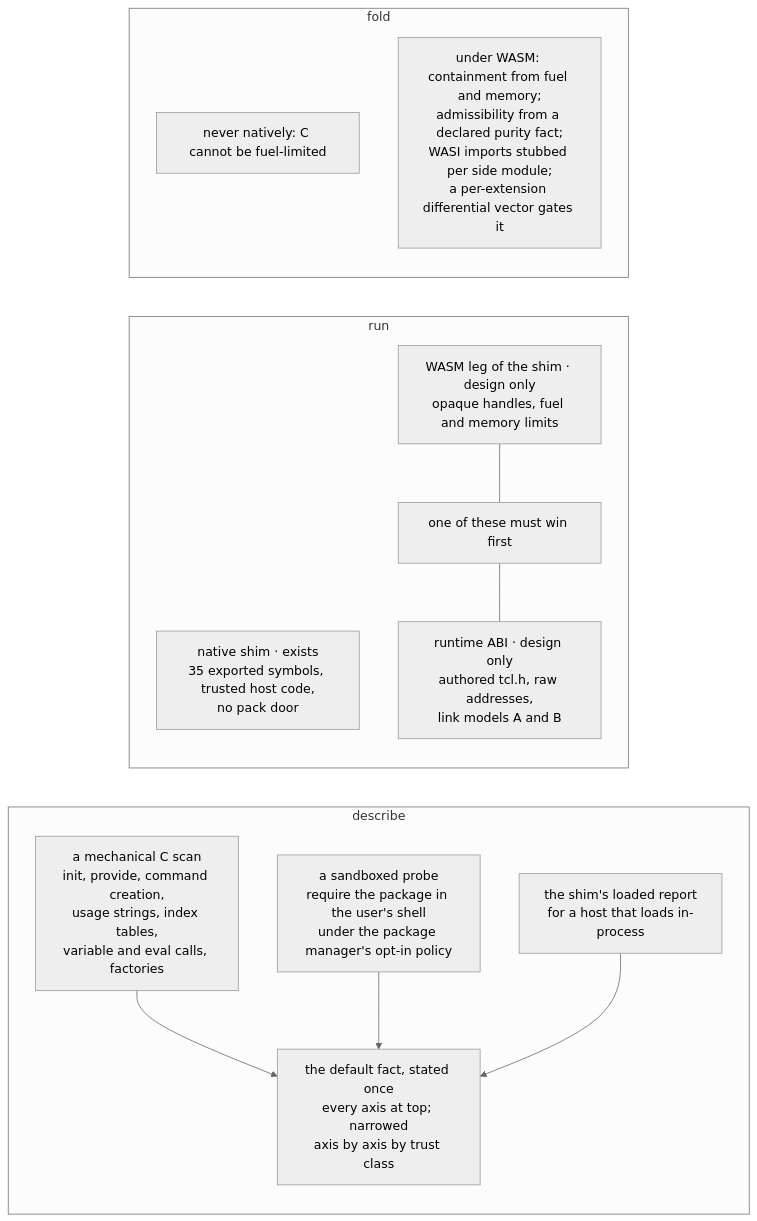
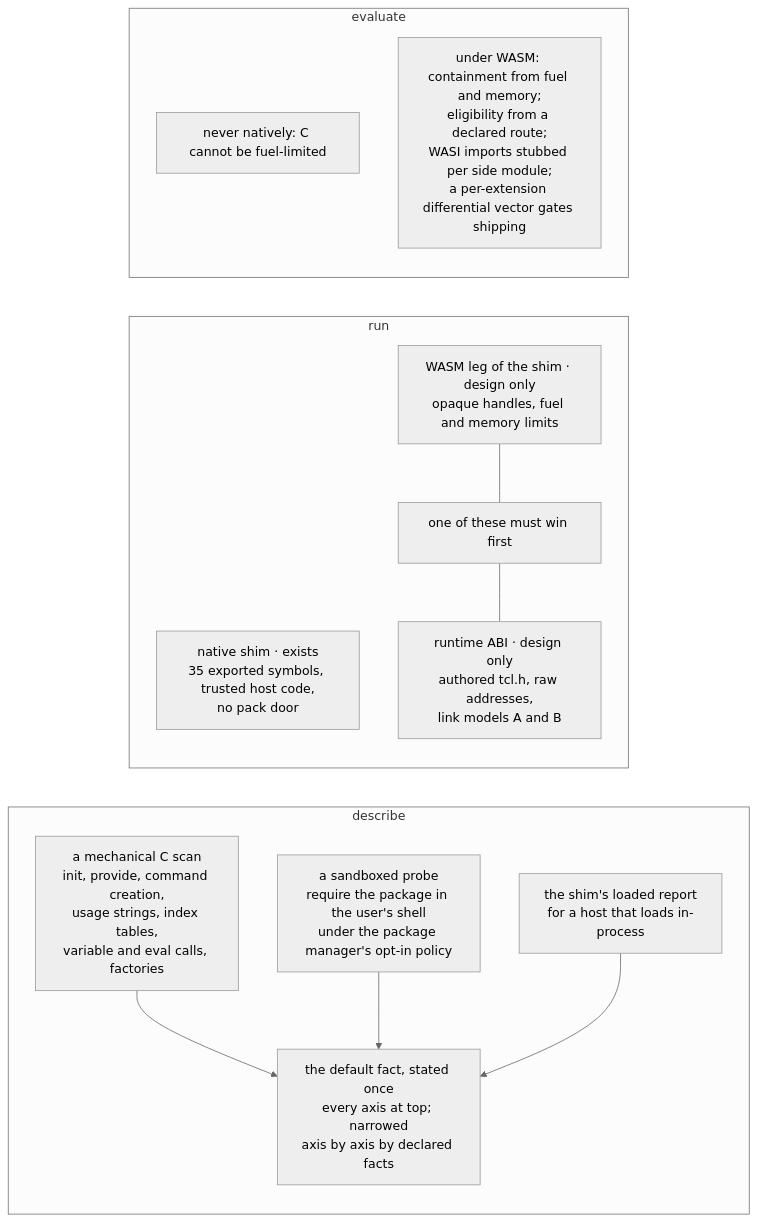
One commit to bitwisecook/tcl-lsp changed the fourth of 4 diagrams in docs/design/compiler/registry-consumer-contracts.md. Above: the diagram before and after it, drawn with Mermaid (neutral theme). The commit also changed other lines of this file and 7 other files, not shown here.

````diff
--- a/docs/design/compiler/registry-consumer-contracts.md
+++ b/docs/design/compiler/registry-consumer-contracts.md
@@ -373,23 +439,23 @@
 ```mermaid
 flowchart LR
     subgraph describe["describe"]
         S1["a mechanical C scan<br/>init, provide, command creation,<br/>usage strings, index tables,<br/>variable and eval calls, factories"]
         S2["a sandboxed probe<br/>require the package in the user's shell<br/>under the package manager's opt-in policy"]
         S3["the shim's loaded report<br/>for a host that loads in-process"]
-        DF["the default fact, stated once<br/>every axis at top; narrowed<br/>axis by axis by trust class"]
+        DF["the default fact, stated once<br/>every axis at top; narrowed<br/>axis by axis by declared facts"]
         S1 --> DF
         S2 --> DF
         S3 --> DF
     end
     subgraph run["run"]
         NS["native shim · exists<br/>35 exported symbols, trusted host code,<br/>no pack door"]
         WL["WASM leg of the shim · design only<br/>opaque handles, fuel and memory limits"]
         AB["runtime ABI · design only<br/>authored tcl.h, raw addresses,<br/>link models A and B"]
         RUL["one of these must win first"]
         WL --- RUL --- AB
     end
-    subgraph fold["fold"]
+    subgraph evaluate["evaluate"]
         FN["never natively: C cannot be fuel-limited"]
-        FW["under WASM: containment from fuel and memory;<br/>admissibility from a declared purity fact;<br/>WASI imports stubbed per side module;<br/>a per-extension differential vector gates it"]
+        FW["under WASM: containment from fuel and memory;<br/>eligibility from a declared route;<br/>WASI imports stubbed per side module;<br/>a per-extension differential vector gates shipping"]
     end
 ```
````
